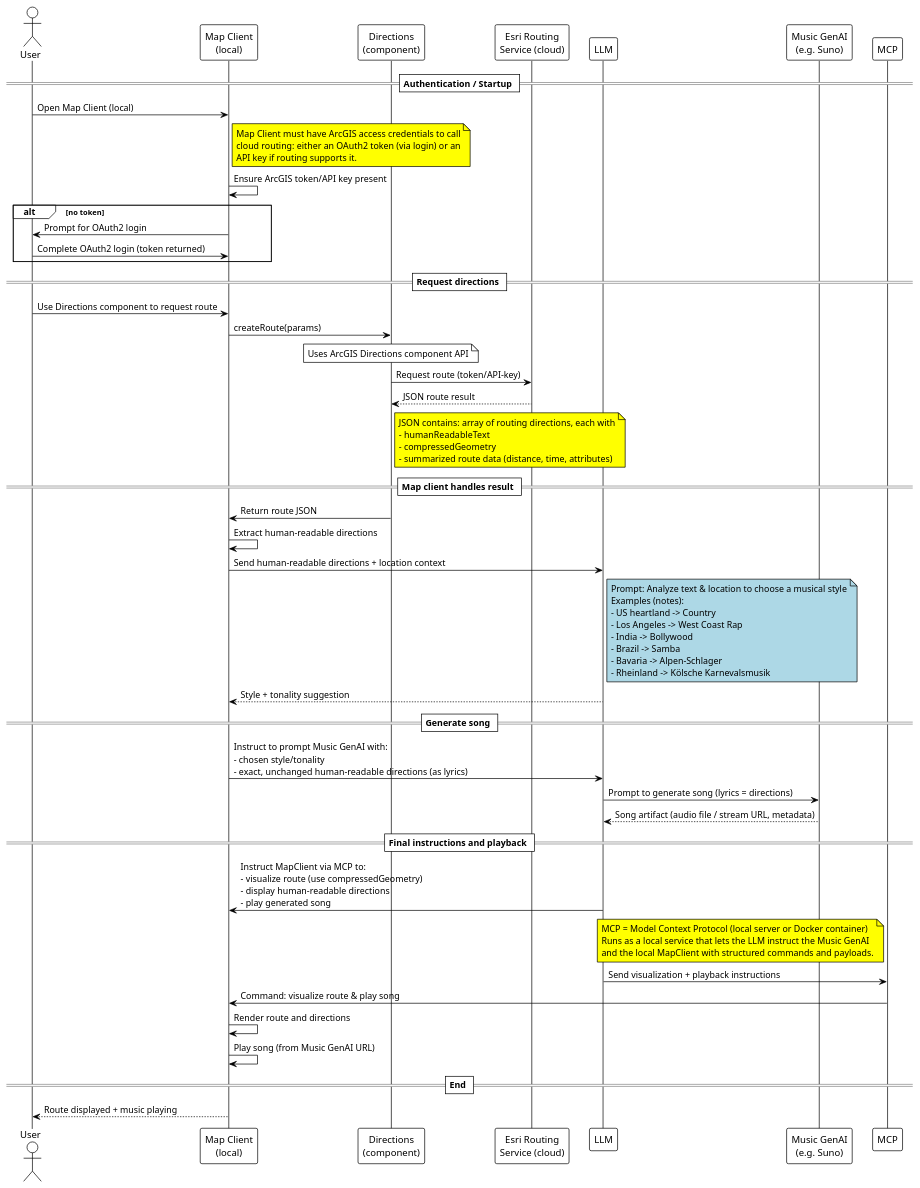
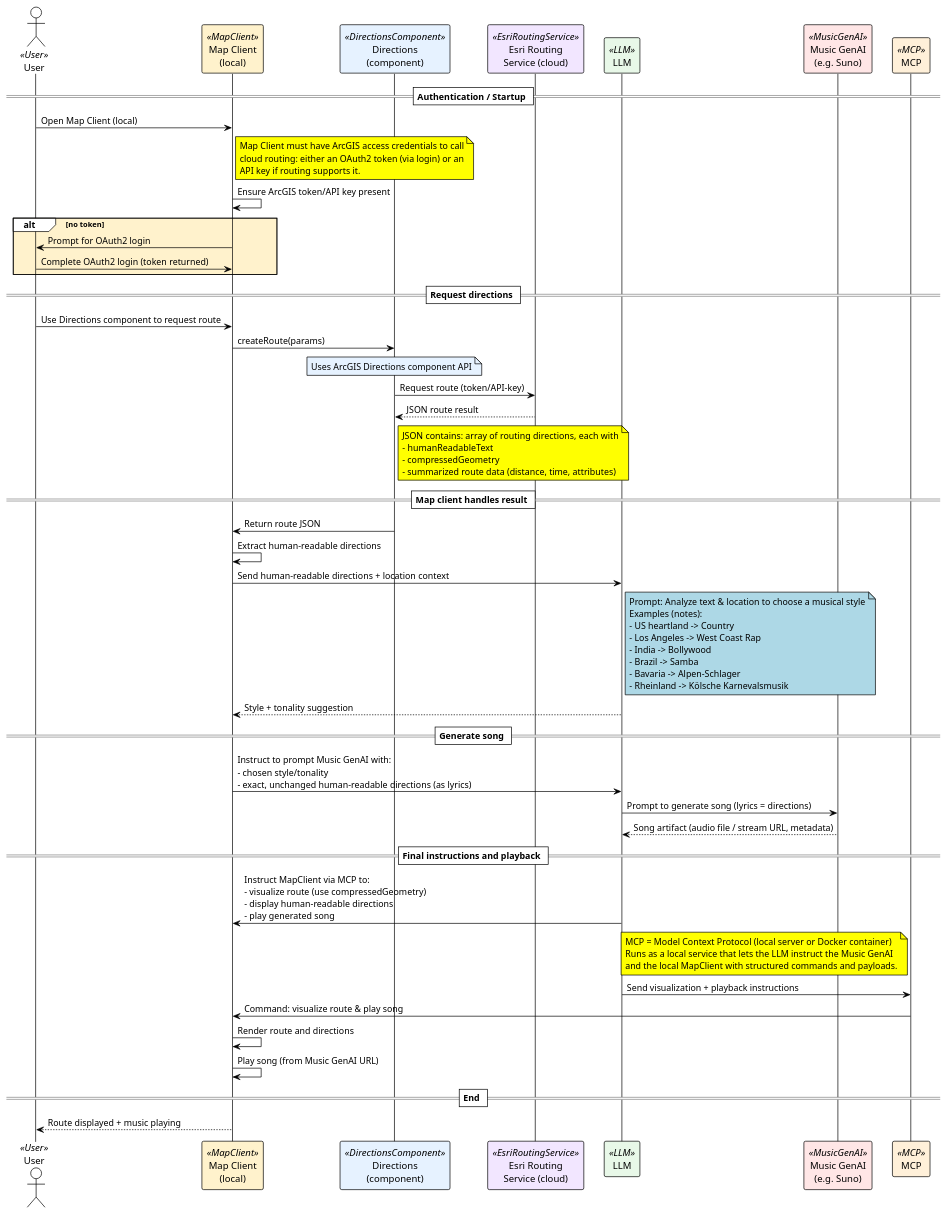
The diagram in Directions2Music_sequenceDiagram.puml (esride-nik/Directions2Music), drawn with PlantUML before and after one commit.

Commit message:
nice colors

```diff
--- a/Directions2Music_sequenceDiagram.puml
+++ b/Directions2Music_sequenceDiagram.puml
@@ -1,78 +1,91 @@
 @startuml
 !theme plain
 
 ' Sequence diagram mapping the flow you described
 ' Actors: User, MapClient, DirectionsComponent, EsriRoutingService, LLM, MusicGenAI, MCP
 
-actor User
-participant "Map Client\n(local)" as MapClient
-participant "Directions\n(component)" as DirectionsComponent
-participant "Esri Routing\nService (cloud)" as EsriRoutingService
-participant LLM
-participant "Music GenAI\n(e.g. Suno)" as MusicGenAI
-participant MCP
+'' Participant colors
+skinparam participant {
+  BackgroundColor<<User>> LightGoldenRodYellow
+  BackgroundColor<<MapClient>> #FFF2CC
+  BackgroundColor<<DirectionsComponent>> #E6F2FF
+  BackgroundColor<<EsriRoutingService>> #F2E6FF
+  BackgroundColor<<LLM>> #E8F8E8
+  BackgroundColor<<MusicGenAI>> #FFE6E6
+  BackgroundColor<<MCP>> #FFF0D9
+}
+
+actor User <<User>>
+participant "Map Client\n(local)" as MapClient <<MapClient>>
+participant "Directions\n(component)" as DirectionsComponent <<DirectionsComponent>>
+participant "Esri Routing\nService (cloud)" as EsriRoutingService <<EsriRoutingService>>
+participant LLM <<LLM>>
+participant "Music GenAI\n(e.g. Suno)" as MusicGenAI <<MusicGenAI>>
+participant MCP <<MCP>>
 
 == Authentication / Startup ==
 User -> MapClient: Open Map Client (local)
 note right of MapClient #yellow
  Map Client must have ArcGIS access credentials to call
  cloud routing: either an OAuth2 token (via login) or an
  API key if routing supports it.
 end note
 MapClient -> MapClient: Ensure ArcGIS token/API key present
-alt no token
+alt #FFF2CC no token
  MapClient -> User: Prompt for OAuth2 login
  User -> MapClient: Complete OAuth2 login (token returned)
 end
 
 == Request directions ==
 User -> MapClient: Use Directions component to request route
 MapClient -> DirectionsComponent: createRoute(params)
-note over DirectionsComponent: Uses ArcGIS Directions component API
+note over DirectionsComponent #E6F2FF
+ Uses ArcGIS Directions component API
+end note
 DirectionsComponent -> EsriRoutingService: Request route (token/API-key)
 EsriRoutingService --> DirectionsComponent: JSON route result
 note right of DirectionsComponent #yellow
  JSON contains: array of routing directions, each with
  - humanReadableText
  - compressedGeometry
  - summarized route data (distance, time, attributes)
 end note
 
 == Map client handles result ==
 DirectionsComponent -> MapClient: Return route JSON
 MapClient -> MapClient: Extract human-readable directions
 MapClient -> LLM: Send human-readable directions + location context
 note right of LLM #lightblue
  Prompt: Analyze text & location to choose a musical style
  Examples (notes):
  - US heartland -> Country
  - Los Angeles -> West Coast Rap
  - India -> Bollywood
  - Brazil -> Samba
  - Bavaria -> Alpen-Schlager
  - Rheinland -> Kölsche Karnevalsmusik
 end note
 
 LLM --> MapClient: Style + tonality suggestion
 
 == Generate song ==
 MapClient -> LLM: Instruct to prompt Music GenAI with:\n- chosen style/tonality\n- exact, unchanged human-readable directions (as lyrics)
 LLM -> MusicGenAI: Prompt to generate song (lyrics = directions)
 MusicGenAI --> LLM: Song artifact (audio file / stream URL, metadata)
 
 == Final instructions and playback ==
 LLM -> MapClient: Instruct MapClient via MCP to:\n- visualize route (use compressedGeometry)\n- display human-readable directions\n- play generated song
 note left of MCP #yellow
  MCP = Model Context Protocol (local server or Docker container)
  Runs as a local service that lets the LLM instruct the Music GenAI
  and the local MapClient with structured commands and payloads.
 end note
 LLM -> MCP: Send visualization + playback instructions
 MCP -> MapClient: Command: visualize route & play song
 MapClient -> MapClient: Render route and directions
 MapClient -> MapClient: Play song (from Music GenAI URL)
 
 == End ==
 User <-- MapClient: Route displayed + music playing
 
 @enduml
```
